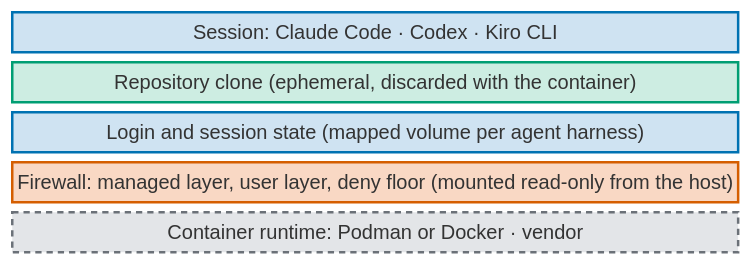
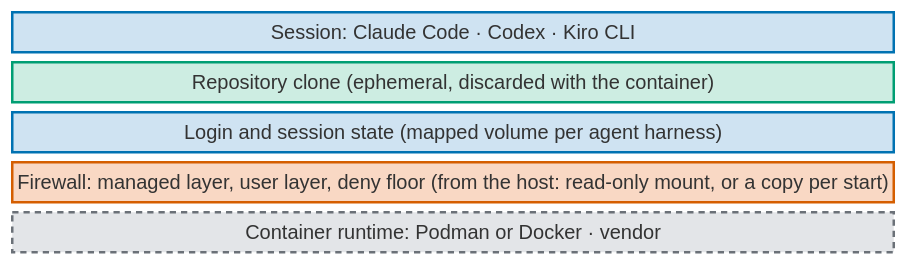
One commit to tedeuxx/mhw changed the first of 2 diagrams in docs/mhw-product-requirements-document-agent-runtime.md. Above: the diagram before and after it, drawn with Mermaid. The commit also changed other lines of this file, not shown here.

````diff
--- a/docs/mhw-product-requirements-document-agent-runtime.md
+++ b/docs/mhw-product-requirements-document-agent-runtime.md
@@ -124,18 +141,18 @@
 ```mermaid
 block-beta
   columns 1
   C5["Session: Claude Code · Codex · Kiro CLI"]
   C4["Repository clone (ephemeral, discarded with the container)"]
   C3["Login and session state (mapped volume per agent harness)"]
-  C2["Firewall: managed layer, user layer, deny floor (mounted read-only from the host)"]
+  C2["Firewall: managed layer, user layer, deny floor (from the host: read-only mount, or a copy per start)"]
   C1["Container runtime: Podman or Docker · vendor"]
   classDef admin fill:#F9D8C4,stroke:#D55E00,stroke-width:2px,color:#1d2228
   classDef project fill:#CDEDE2,stroke:#009E73,stroke-width:2px,color:#1d2228
   classDef user fill:#CFE3F2,stroke:#0072B2,stroke-width:2px,color:#1d2228
   classDef vendor fill:#E3E5E8,stroke:#6b7178,stroke-width:2px,color:#1d2228,stroke-dasharray:5 4
   class C5 user
   class C4 project
   class C3 user
   class C2 admin
   class C1 vendor
 ```
````
